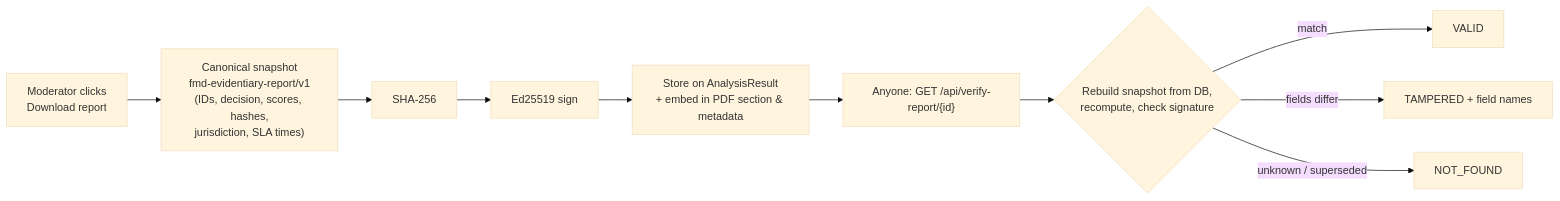
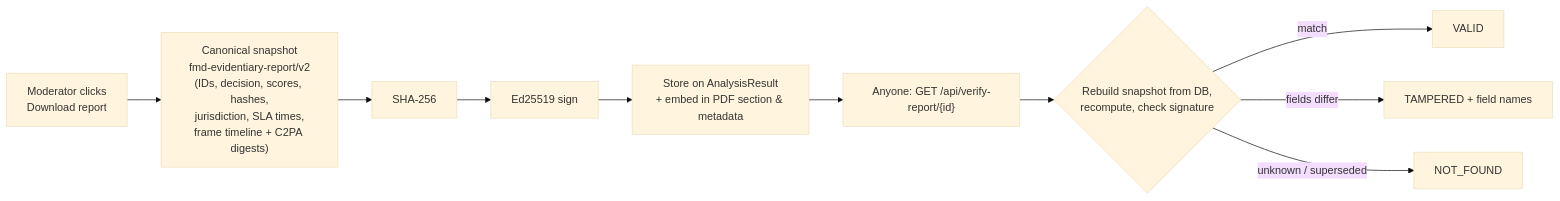
One commit to SunilMaurya-18/Forged-Obscene-Media-Detection-Engine changed the eighth of 11 diagrams in docs/PROJECT_DOCUMENTATION.md. Above: the diagram before and after it, drawn with Mermaid (base theme). The commit also changed other lines of this file and 265 other files, not shown here.

````diff
--- a/docs/PROJECT_DOCUMENTATION.md
+++ b/docs/PROJECT_DOCUMENTATION.md
@@ -319,12 +319,12 @@
 ```mermaid
 flowchart LR
-    A["Moderator clicks<br/>Download report"] --> B["Canonical snapshot<br/>fmd-evidentiary-report/v1<br/>(IDs, decision, scores, hashes,<br/>jurisdiction, SLA times)"]
+    A["Moderator clicks<br/>Download report"] --> B["Canonical snapshot<br/>fmd-evidentiary-report/v2<br/>(IDs, decision, scores, hashes,<br/>jurisdiction, SLA times,<br/>frame timeline + C2PA digests)"]
     B --> C["SHA-256"]
     C --> D["Ed25519 sign"]
     D --> E["Store on AnalysisResult<br/>+ embed in PDF section & metadata"]
     E --> F["Anyone: GET /api/verify-report/{id}"]
     F --> G{"Rebuild snapshot from DB,<br/>recompute, check signature"}
     G -->|match| H["VALID"]
     G -->|fields differ| I["TAMPERED + field names"]
     G -->|unknown / superseded| J["NOT_FOUND"]
 ```
````
